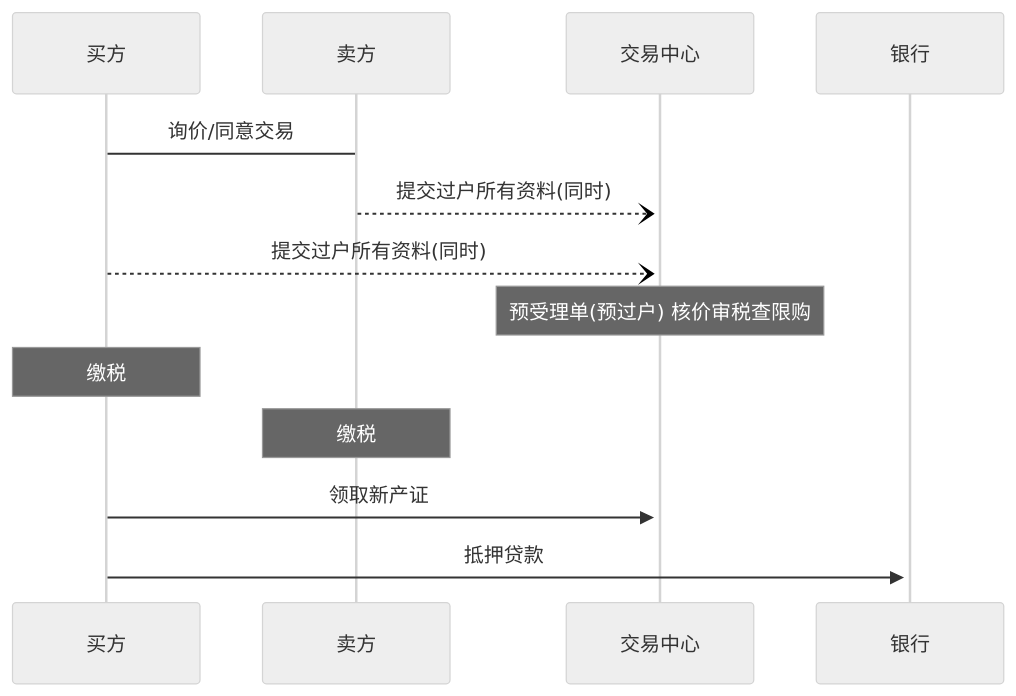
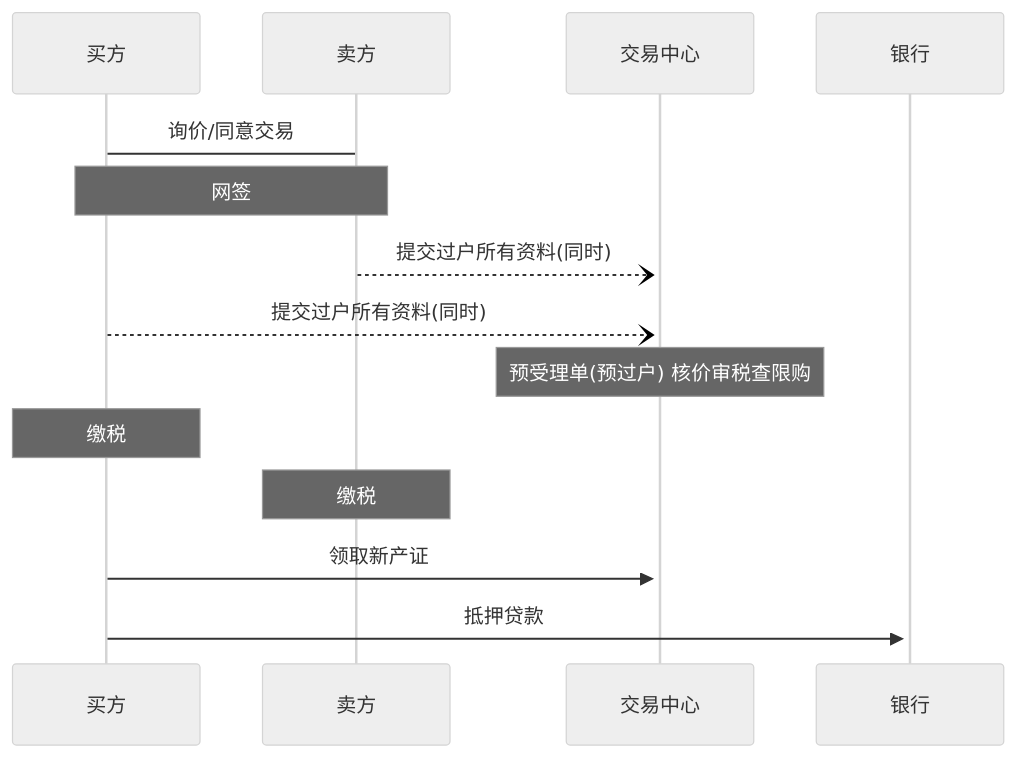
The second of 2 diagrams in docs/购房流程.md (junxnone/F), drawn with Mermaid (neutral theme) before and after one commit. The commit also changed other lines of this file, not shown here.

Commit message:
Add new comment

````diff
--- a/docs/购房流程.md
+++ b/docs/购房流程.md
@@ -42,12 +42,14 @@
 ```mermaid
 sequenceDiagram
     买方->卖方: 询价/同意交易
+    Note over 买方,卖方: 网签
     卖方--)+交易中心: 提交过户所有资料(同时)
     买方--)+交易中心: 提交过户所有资料(同时)
     Note over 交易中心: 预受理单(预过户) 核价审税查限购
     Note over 买方: 缴税
     Note over 卖方: 缴税
     买方->>+交易中心:  领取新产证
     买方->>+银行: 抵押贷款
 
+
 ```
````
